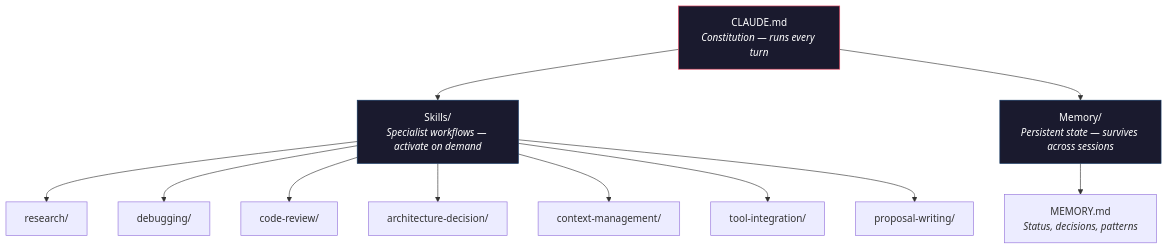
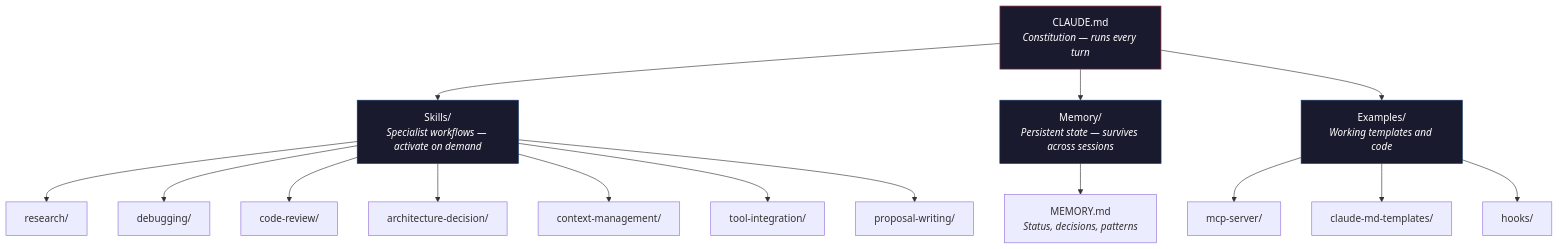
The diagram in README.md (martingarramon/claude-code-starter-kit), drawn with Mermaid before and after one commit. The commit also changed other lines of this file and 9 other files, not shown here.

First line of the commit message:
Add examples folder: MCP server, CLAUDE.md templates, hooks

````diff
--- a/README.md
+++ b/README.md
@@ -41,17 +41,22 @@
 ```mermaid
 graph TD
     A["CLAUDE.md<br/><i>Constitution — runs every turn</i>"] --> B["Skills/<br/><i>Specialist workflows — activate on demand</i>"]
     A --> C["Memory/<br/><i>Persistent state — survives across sessions</i>"]
+    A --> L["Examples/<br/><i>Working templates and code</i>"]
     B --> D["research/"]
     B --> E["debugging/"]
     B --> F["code-review/"]
     B --> G["architecture-decision/"]
     B --> H["context-management/"]
     B --> I["tool-integration/"]
     B --> J["proposal-writing/"]
     C --> K["MEMORY.md<br/><i>Status, decisions, patterns</i>"]
+    L --> M["mcp-server/"]
+    L --> N["claude-md-templates/"]
+    L --> O["hooks/"]
 
     style A fill:#1a1a2e,stroke:#e94560,color:#fff
     style B fill:#1a1a2e,stroke:#0f3460,color:#fff
     style C fill:#1a1a2e,stroke:#0f3460,color:#fff
+    style L fill:#1a1a2e,stroke:#0f3460,color:#fff
 ```
````
